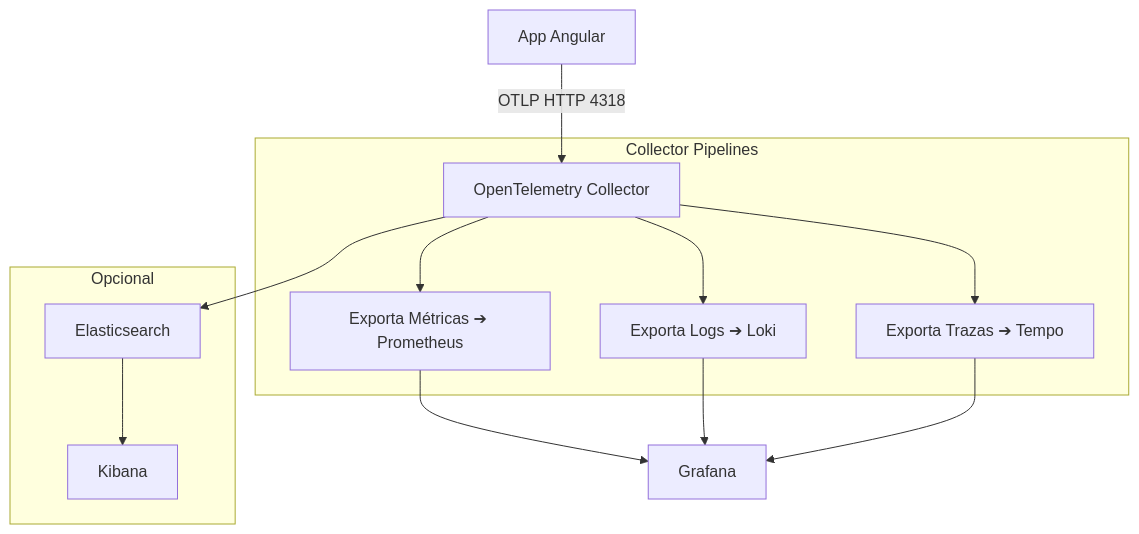
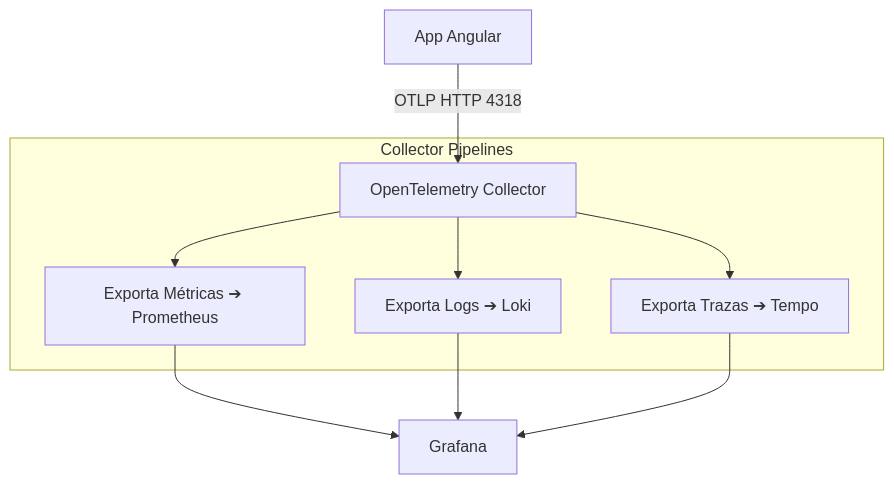
The diagram in README.md (LingX8Z/OBSERVABILIDAD-STACK), drawn with Mermaid before and after one commit.

Commit message:
prueba 4

````diff
--- a/README.md
+++ b/README.md
@@ -178,20 +178,17 @@
 ```mermaid
 graph TD
   A[App Angular] -->|OTLP HTTP 4318| B[OpenTelemetry Collector]
  
   subgraph Collector Pipelines
     B --> C1[Exporta Métricas ➔ Prometheus]
     B --> C2[Exporta Logs ➔ Loki]
     B --> C3[Exporta Trazas ➔ Tempo]
   end
  
   C1 --> D[Grafana]
   C2 --> D
   C3 --> D
  
-  subgraph Opcional
-    B --> E[Elasticsearch]
-    E --> F[Kibana]
-  end
+
 
   ```
````
